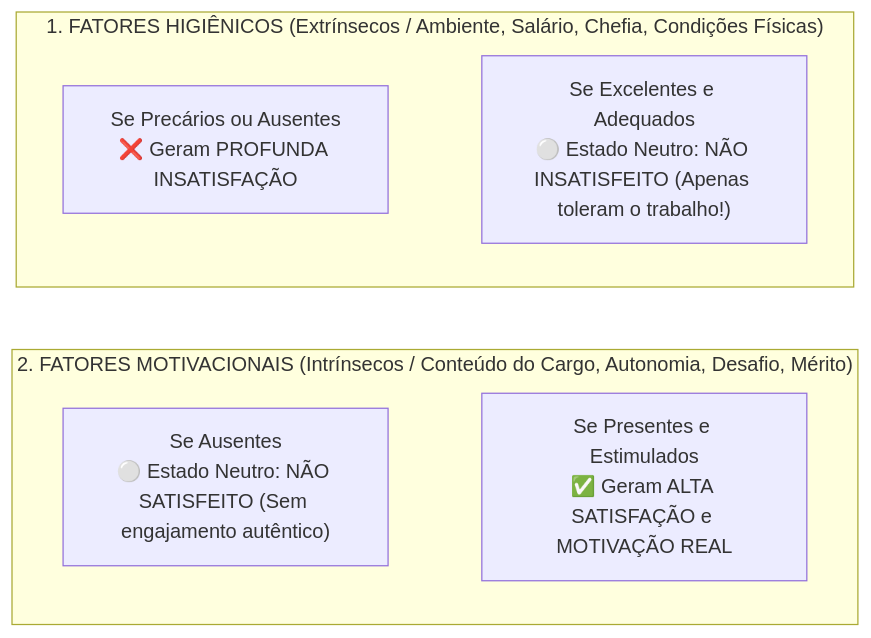
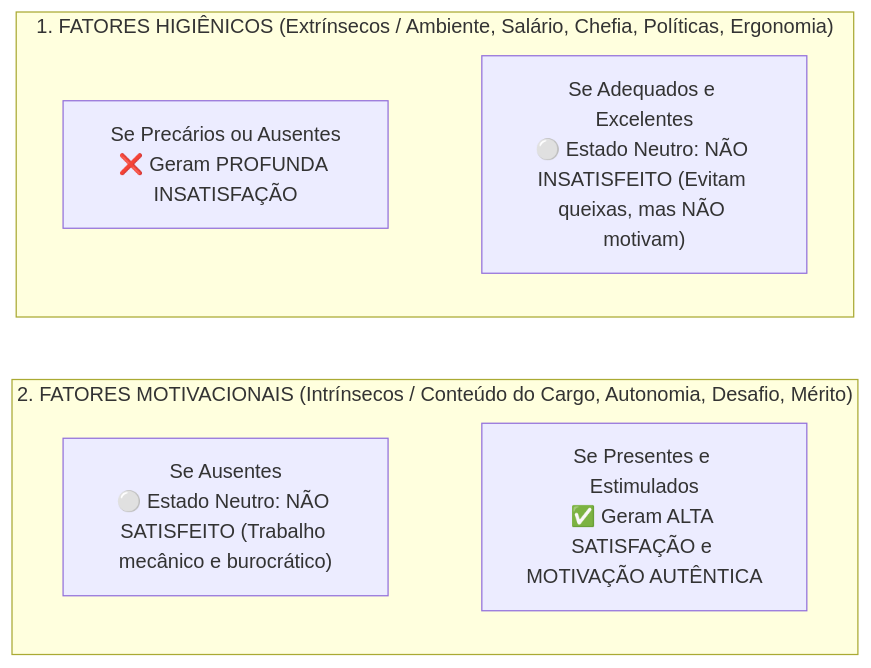
The third of 4 diagrams in fontes_de_estudo/conhecimentos_especificos_a01_tecnico_administrativo/24_comportamento_organizacional/01_individuo_personalidade_valores_atitudes_e_motivacao.md (thiagosantos346/TCE-GO-2027), drawn with Mermaid before and after one commit. The commit also changed other lines of this file and 119 other files, not shown here.

````diff
--- a/fontes_de_estudo/conhecimentos_especificos_a01_tecnico_administrativo/24_comportamento_organizacional/01_individuo_personalidade_valores_atitudes_e_motivacao.md
+++ b/fontes_de_estudo/conhecimentos_especificos_a01_tecnico_administrativo/24_comportamento_organizacional/01_individuo_personalidade_valores_atitudes_e_motivacao.md
@@ -123,14 +131,14 @@
 ```mermaid
 flowchart TD
-    subgraph Higiene ["1. FATORES HIGIÊNICOS (Extrínsecos / Ambiente, Salário, Chefia, Condições Físicas)"]
+    subgraph Higiene ["1. FATORES HIGIÊNICOS (Extrínsecos / Ambiente, Salário, Chefia, Políticas, Ergonomia)"]
         direction LR
-        H_Ruim["Se Precários ou Ausentes<br/>❌ Geram PROFUNDA INSATISFAÇÃO"] ~~~ H_Bom["Se Excelentes e Adequados<br/>⚪ Estado Neutro: NÃO INSATISFEITO (Apenas toleram o trabalho!)"]
+        H_Ruim["Se Precários ou Ausentes<br/>❌ Geram PROFUNDA INSATISFAÇÃO"] ~~~ H_Bom["Se Adequados e Excelentes<br/>⚪ Estado Neutro: NÃO INSATISFEITO (Evitam queixas, mas NÃO motivam)"]
     end
 
     subgraph Motivacao ["2. FATORES MOTIVACIONAIS (Intrínsecos / Conteúdo do Cargo, Autonomia, Desafio, Mérito)"]
         direction LR
-        M_Ruim["Se Ausentes<br/>⚪ Estado Neutro: NÃO SATISFEITO (Sem engajamento autêntico)"] ~~~ M_Bom["Se Presentes e Estimulados<br/>✅ Geram ALTA SATISFAÇÃO e MOTIVAÇÃO REAL"]
+        M_Ruim["Se Ausentes<br/>⚪ Estado Neutro: NÃO SATISFEITO (Trabalho mecânico e burocrático)"] ~~~ M_Bom["Se Presentes e Estimulados<br/>✅ Geram ALTA SATISFAÇÃO e MOTIVAÇÃO AUTÊNTICA"]
     end
 
     Higiene ~~~ Motivacao
 ```
````
